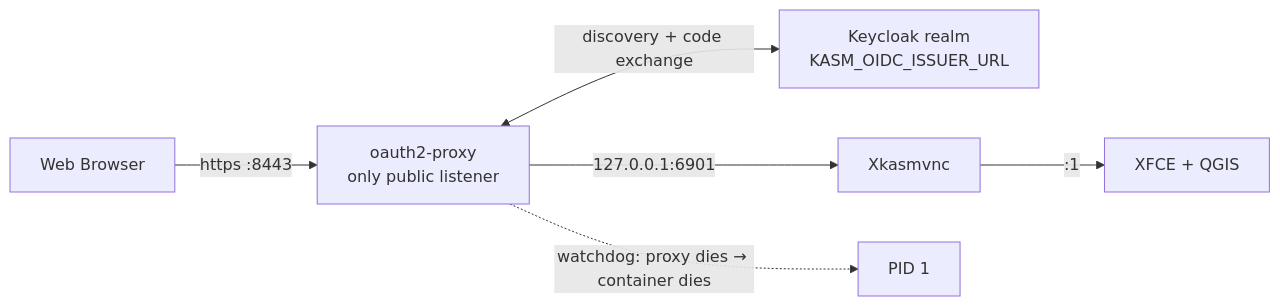
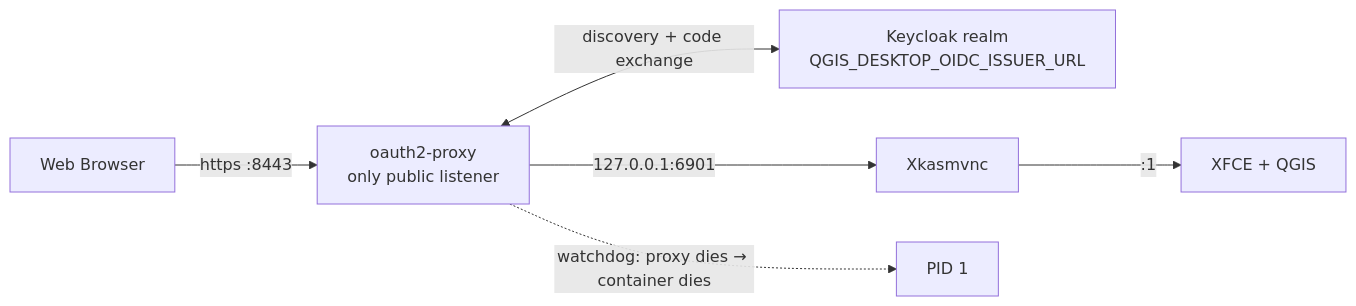
The diagram in docs/scenarios/keycloak-sso.md (kartoza/qgis-desktop-docker), drawn with Mermaid before and after one commit. The commit also changed other lines of this file and 37 other files, not shown here.

First line of the commit message:
feat!: QGIS_DESKTOP_ prefix, and LTR/latest QGIS channels

````diff
--- a/docs/scenarios/keycloak-sso.md
+++ b/docs/scenarios/keycloak-sso.md
@@ -21,8 +21,8 @@
 ```mermaid
 flowchart LR
     Browser["Web Browser"] -->|"https :8443"| Proxy["oauth2-proxy<br/>only public listener"]
-    Proxy <-->|"discovery + code exchange"| KC["Keycloak realm<br/>KASM_OIDC_ISSUER_URL"]
+    Proxy <-->|"discovery + code exchange"| KC["Keycloak realm<br/>QGIS_DESKTOP_OIDC_ISSUER_URL"]
     Proxy -->|"127.0.0.1:6901"| Kasm["Xkasmvnc"]
     Kasm -->|":1"| XFCE["XFCE + QGIS"]
     Proxy -.->|"watchdog: proxy dies → container dies"| Init["PID 1"]
 ```
````
